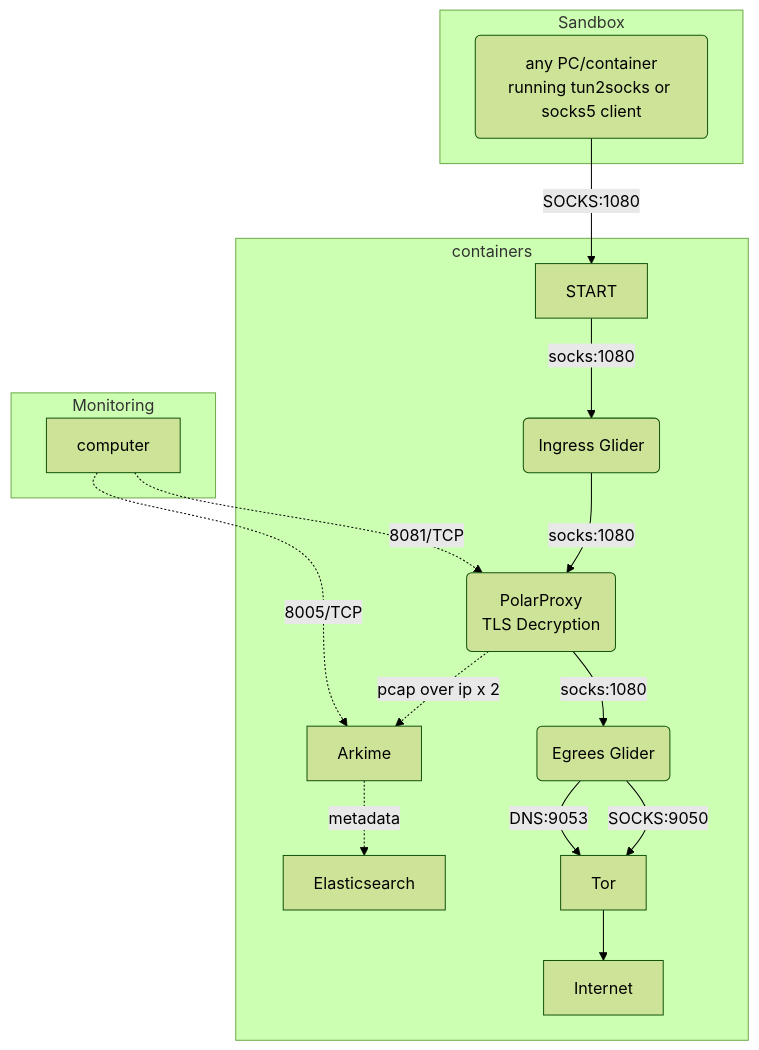
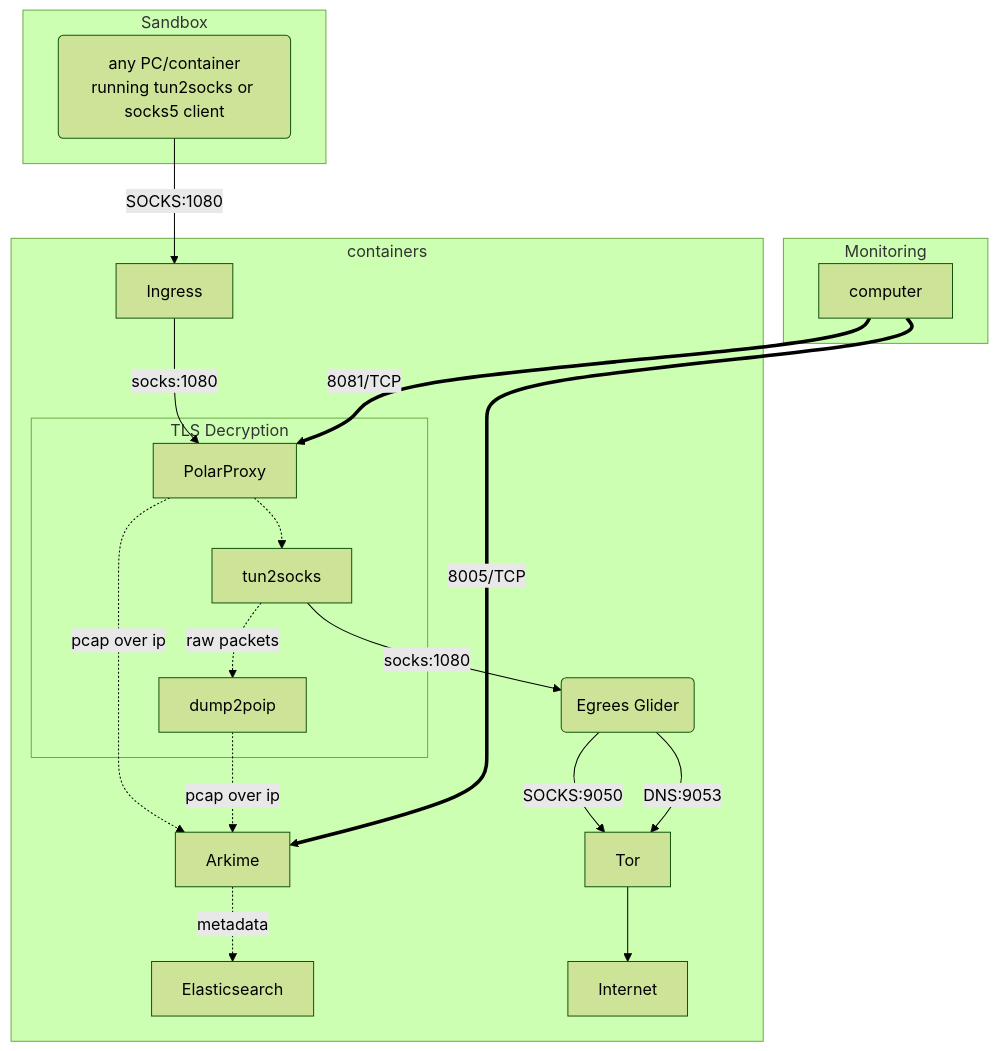
The diagram in README.md (mosajjal/aio-gw), drawn with Mermaid (forest theme) before and after one commit.

Commit message:
slightly more comprehensive graph

````diff
--- a/README.md
+++ b/README.md
@@ -14,22 +14,28 @@
 ```mermaid
 flowchart TD
 subgraph containers
-    START --> |socks:1080| A(Ingress Glider)
-    A --> |socks:1080| B(PolarProxy\nTLS Decryption)
-    B --> |socks:1080| C(Egrees Glider)
-    B -.-> |pcap over ip x 2|Arkime
+    subgraph TLS Decryption
+    PolarProxy
+    PolarProxy -.-> tun2socks
+    tun2socks -.-> |raw packets|dump2poip
+    dump2poip
+    end
+    Ingress --> |socks:1080| PolarProxy
+    tun2socks --> |socks:1080| C(Egrees Glider)
+    PolarProxy -.-> |pcap over ip|Arkime
+    dump2poip -.-> |pcap over ip|Arkime
     Arkime -.-> |metadata| Elasticsearch
     C -->|SOCKS:9050| Tor
     C -->|DNS:9053| Tor
     Tor --> Internet
 end
 
 subgraph Monitoring
-    computer -.-> |8005/TCP|Arkime
-    computer -.-> |8081/TCP|B
+    computer ==> |8005/TCP|Arkime
+    computer ==> |8081/TCP|PolarProxy
 end
 
 subgraph Sandbox
-    Z(any PC/container\nrunning tun2socks or socks5 client) --> |SOCKS:1080|START
+    Z(any PC/container\nrunning tun2socks or socks5 client) --> |SOCKS:1080|Ingress
 end
 ```
````
